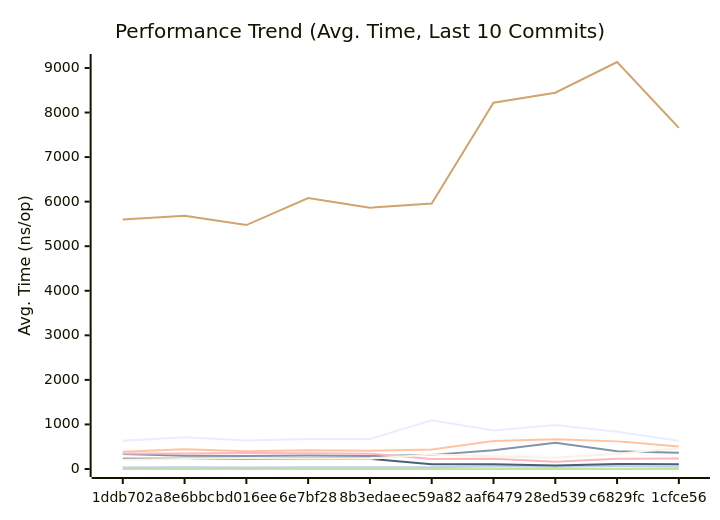
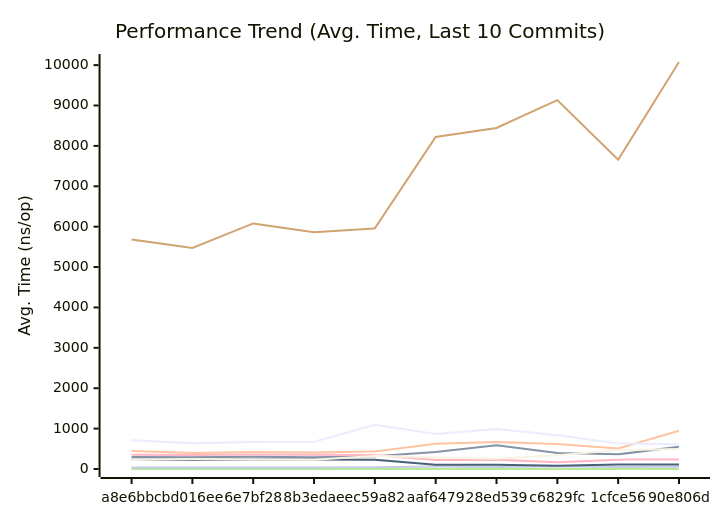
One commit to alsotoes/momo changed the first of 3 diagrams in docs/PERFORMANCE.md. Above: the diagram before and after it, drawn with Mermaid. The commit also changed other lines of this file and 3 other files, not shown here.

````diff
--- a/docs/PERFORMANCE.md
+++ b/docs/PERFORMANCE.md
@@ -130,18 +128,18 @@
 ```mermaid
 xychart-beta
     title "Performance Trend (Avg. Time, Last 10 Commits)"
     x-axis "Commit"
     y-axis "Avg. Time (ns/op)"
-    x-axis [1ddb702,a8e6bbc,bd016ee,6e7bf28,8b3edae,ec59a82,aaf6479,28ed539,c6829fc,1cfce56]
-    line "CheckMetricsAndSwap" [7,9,8,8,8,10,11,9,9,8]
-    line "CrushOptimized" [338,300,289,304,293,317,420,587,396,363]
-    line "CrushOriginal" [387,443,396,419,409,436,627,667,620,506]
-    line "IndexDirectTracking" [0,0,0,0,0,0,1,0,0,0]
-    line "IndexSearch" [1,2,2,2,2,2,3,2,2,2]
-    line "LoadGlobalConfig" [5598,5683,5474,6080,5863,5958,8220,8445,9134,7656]
-    line "PadString" [36,39,36,39,39,41,59,49,67,48]
+    x-axis [a8e6bbc,bd016ee,6e7bf28,8b3edae,ec59a82,aaf6479,28ed539,c6829fc,1cfce56,90e806d]
+    line "CheckMetricsAndSwap" [9,8,8,8,10,11,9,9,8,11]
+    line "CrushOptimized" [300,289,304,293,317,420,587,396,363,549]
+    line "CrushOriginal" [443,396,419,409,436,627,667,620,506,949]
+    line "IndexDirectTracking" [0,0,0,0,0,1,0,0,0,0]
+    line "IndexSearch" [2,2,2,2,2,3,2,2,2,2]
+    line "LoadGlobalConfig" [5683,5474,6080,5863,5958,8220,8445,9134,7656,10077]
+    line "PadString" [39,36,39,39,41,59,49,67,48,56]
     line "ParseReplicationOrder_NoPrealloc" [350,349,357,354,345,225,229,165,232,234]
     line "ParseReplicationOrder_Prealloc" [229,231,237,234,229,108,107,80,110,109]
-    line "SanitizeLog/Safe" [212,222,245,238,231,326,287,252,342,470]
-    line "SanitizeLog/Unsafe" [636,710,640,671,675,1095,866,989,838,634]
+    line "SanitizeLog/Safe" [222,245,238,231,326,287,252,342,470,497]
+    line "SanitizeLog/Unsafe" [710,640,671,675,1095,866,989,838,634,610]
 ```
````
